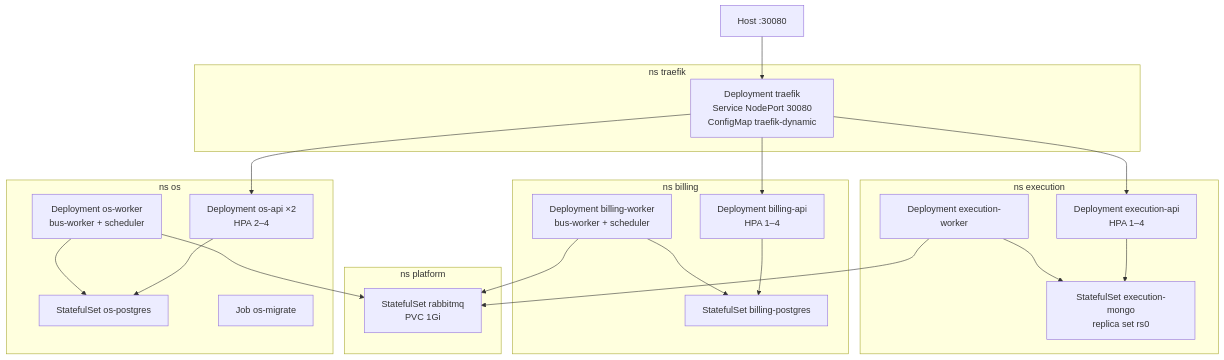
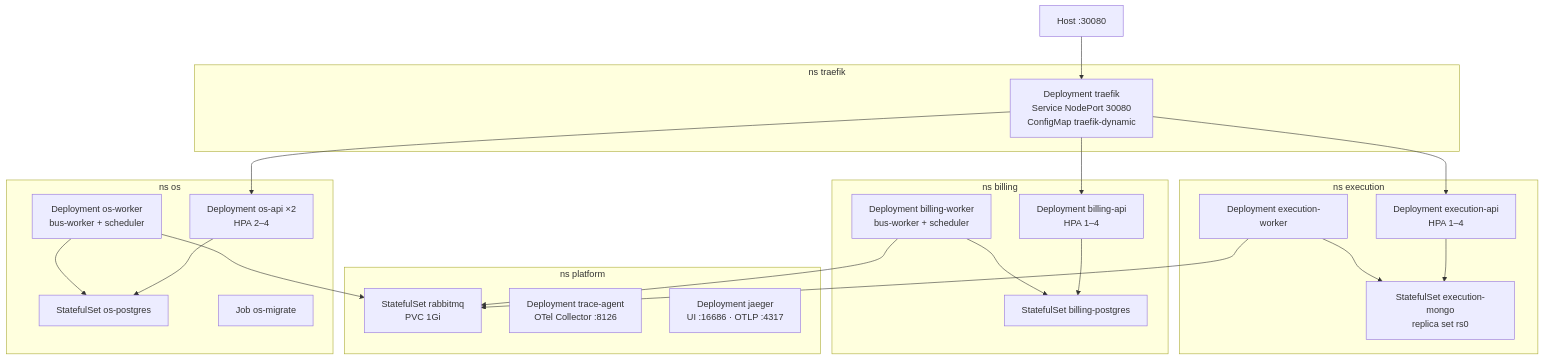
One commit to CandidoRPNeto/15SOAT-Fase1 changed the diagram in docs/architecture/diagrams/fase4/k8s-deployment.mmd. Above: the diagram before and after it, drawn with Mermaid. The commit also changed 11 other files, not shown here.

Commit message:
docs: ADR-016 local APM with Jaeger; diagrams and delivery notes drop Datadog

```diff
--- a/docs/architecture/diagrams/fase4/k8s-deployment.mmd
+++ b/docs/architecture/diagrams/fase4/k8s-deployment.mmd
@@ -1,30 +1,32 @@
 %% Visão de implantação no cluster kind
 flowchart TB
     Host["Host :30080"] --> TR
     subgraph traefik["ns traefik"]
         TR["Deployment traefik<br/>Service NodePort 30080<br/>ConfigMap traefik-dynamic"]
     end
     subgraph platform["ns platform"]
         RMQ["StatefulSet rabbitmq<br/>PVC 1Gi"]
+        TA["Deployment trace-agent<br/>OTel Collector :8126"]
+        JG["Deployment jaeger<br/>UI :16686 · OTLP :4317"]
     end
     subgraph os["ns os"]
         OA["Deployment os-api ×2<br/>HPA 2–4"] 
         OW["Deployment os-worker<br/>bus-worker + scheduler"]
         OP["StatefulSet os-postgres"]
         OJ["Job os-migrate"]
     end
     subgraph billing["ns billing"]
         BA["Deployment billing-api<br/>HPA 1–4"]
         BWk["Deployment billing-worker<br/>bus-worker + scheduler"]
         BP["StatefulSet billing-postgres"]
     end
     subgraph execution["ns execution"]
         EA["Deployment execution-api<br/>HPA 1–4"]
         EWk["Deployment execution-worker"]
         EM["StatefulSet execution-mongo<br/>replica set rs0"]
     end
     TR --> OA & BA & EA
     OW & BWk & EWk --> RMQ
     OA & OW --> OP
     BA & BWk --> BP
     EA & EWk --> EM
```
